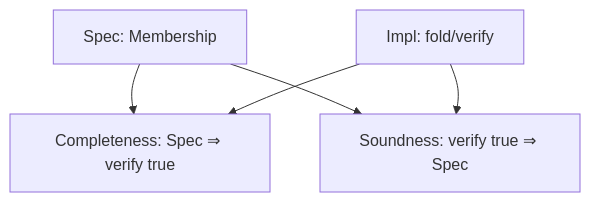
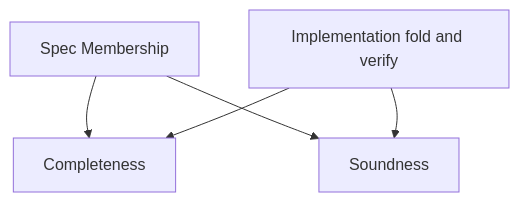
The diagram in docs/merkle/theorems.md (ChainsQueenEth/lean4-merkle), drawn with Mermaid before and after one commit. The commit also changed 3 other files, not shown here.

Commit message:
docs: simplify flowcharts and diagrams in merkle documentation

````diff
--- a/docs/merkle/theorems.md
+++ b/docs/merkle/theorems.md
@@ -11,12 +11,12 @@
 ```mermaid
 flowchart TD
-  Spec[Spec: Membership]
-  Impl[Impl: fold/verify]
-  Comp[Completeness: Spec ⇒ verify true]
-  Sound[Soundness: verify true ⇒ Spec]
+  Spec[Spec Membership]
+  Impl[Implementation fold and verify]
+  Comp[Completeness]
+  Sound[Soundness]
 
   Spec --> Comp
   Impl --> Comp
   Spec --> Sound
   Impl --> Sound
 ```
````
